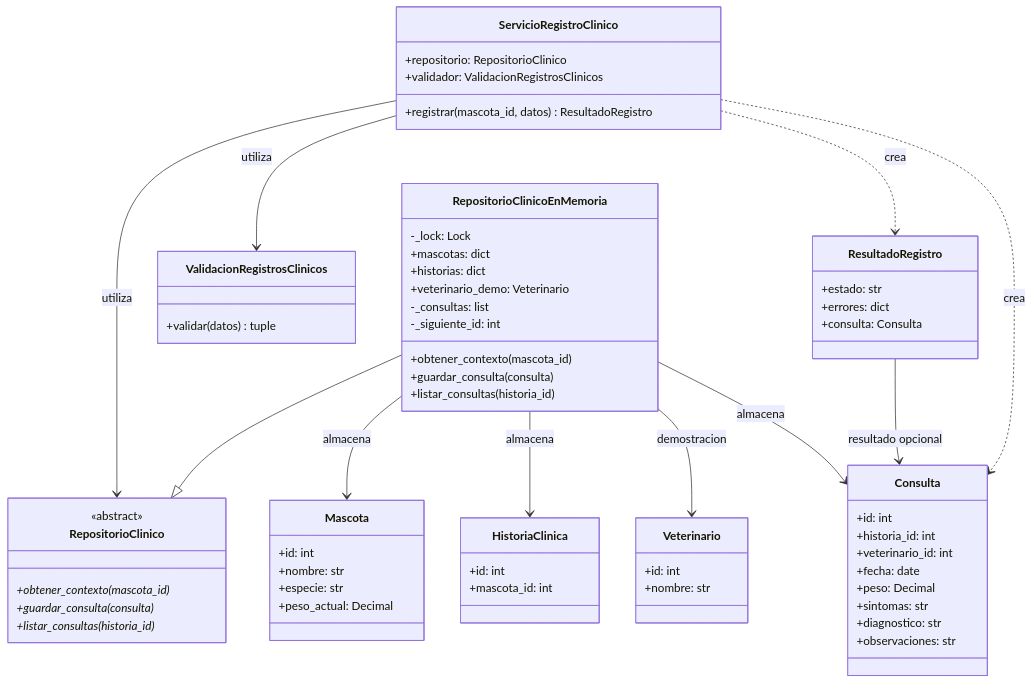
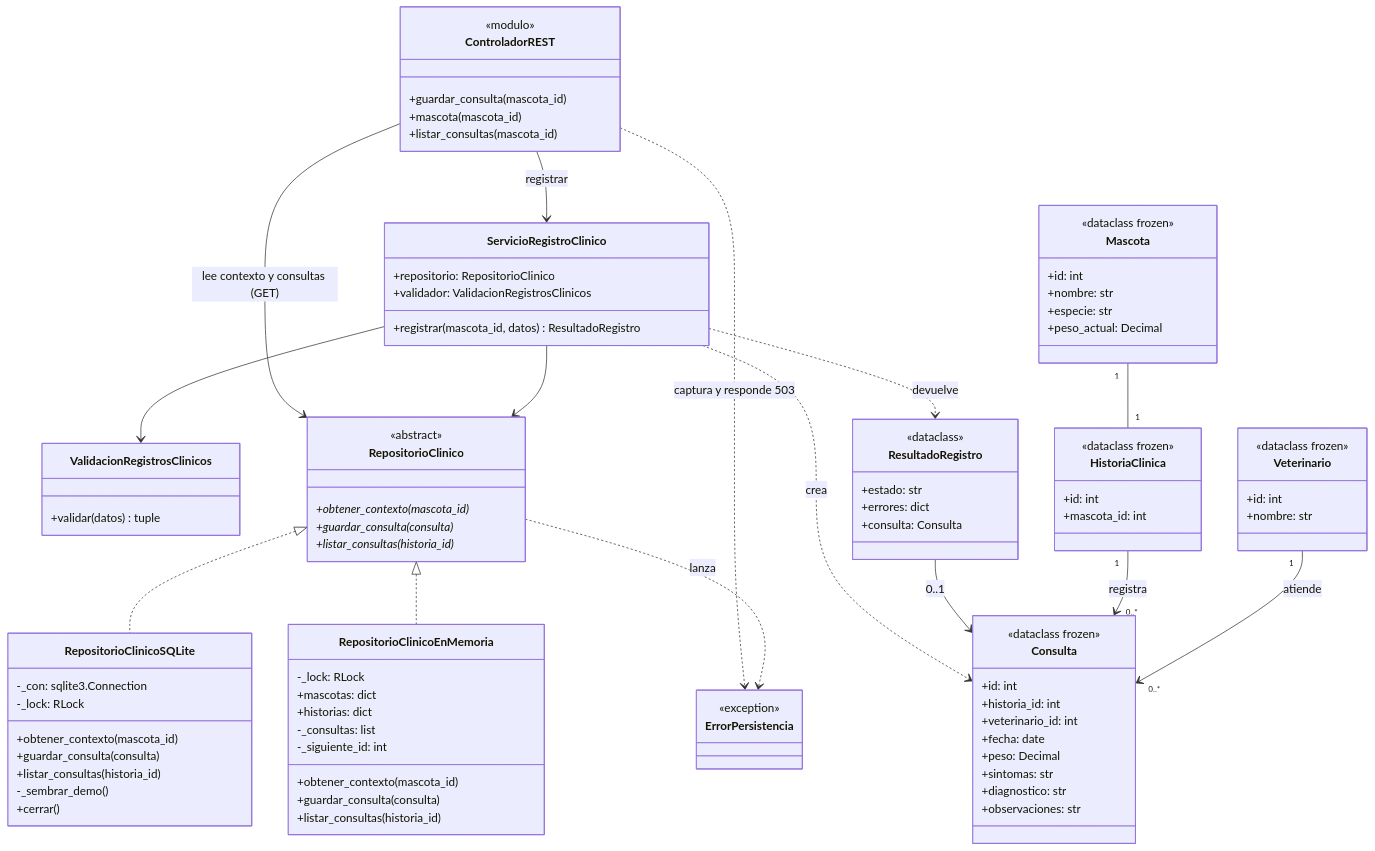
Before and after one commit to DinoMondino/sistema-gestion-veterinaria-2026: the fifth of 5 diagrams in docs/design/diseno-detallado.md, drawn with Mermaid. The commit also changed other lines of this file and 16 other files, not shown here.

````diff
--- a/docs/design/diseno-detallado.md
+++ b/docs/design/diseno-detallado.md
@@ -308,6 +335,13 @@
 ```mermaid
 classDiagram
     direction TB
+
+    class ControladorREST {
+        <<modulo>>
+        +guardar_consulta(mascota_id)
+        +mascota(mascota_id)
+        +listar_consultas(mascota_id)
+    }
 
     class ServicioRegistroClinico {
         +repositorio: RepositorioClinico
@@ -320,6 +354,7 @@
     }
 
     class ResultadoRegistro {
+        <<dataclass>>
         +estado: str
         +errores: dict
         +consulta: Consulta
@@ -332,11 +367,20 @@
         +listar_consultas(historia_id)*
     }
 
+    class RepositorioClinicoSQLite {
+        -_con: sqlite3.Connection
+        -_lock: RLock
+        +obtener_contexto(mascota_id)
+        +guardar_consulta(consulta)
+        +listar_consultas(historia_id)
+        -_sembrar_demo()
+        +cerrar()
+    }
+
     class RepositorioClinicoEnMemoria {
-        -_lock: Lock
+        -_lock: RLock
         +mascotas: dict
         +historias: dict
-        +veterinario_demo: Veterinario
         -_consultas: list
         -_siguiente_id: int
         +obtener_contexto(mascota_id)
@@ -344,7 +388,12 @@
         +listar_consultas(historia_id)
     }
 
+    class ErrorPersistencia {
+        <<exception>>
+    }
+
     class Consulta {
+        <<dataclass frozen>>
         +id: int
         +historia_id: int
         +veterinario_id: int
@@ -356,6 +405,7 @@
     }
 
     class Mascota {
+        <<dataclass frozen>>
         +id: int
         +nombre: str
         +especie: str
@@ -363,27 +413,29 @@
     }
 
     class HistoriaClinica {
+        <<dataclass frozen>>
         +id: int
         +mascota_id: int
     }
 
     class Veterinario {
+        <<dataclass frozen>>
         +id: int
         +nombre: str
     }
 
-    ServicioRegistroClinico --> RepositorioClinico : utiliza
-    ServicioRegistroClinico --> ValidacionRegistrosClinicos : utiliza
-    ServicioRegistroClinico ..> ResultadoRegistro : crea
+    ControladorREST --> ServicioRegistroClinico : registrar
+    ControladorREST --> RepositorioClinico : lee contexto y consultas (GET)
+    ControladorREST ..> ErrorPersistencia : captura y responde 503
+    ServicioRegistroClinico --> RepositorioClinico
+    ServicioRegistroClinico --> ValidacionRegistrosClinicos
     ServicioRegistroClinico ..> Consulta : crea
-
-    ResultadoRegistro --> Consulta : resultado opcional
-
-    RepositorioClinicoEnMemoria --|> RepositorioClinico
-
-    RepositorioClinicoEnMemoria --> Mascota : almacena
-    RepositorioClinicoEnMemoria --> HistoriaClinica : almacena
-    RepositorioClinicoEnMemoria --> Veterinario : demostracion
-    RepositorioClinicoEnMemoria --> Consulta : almacena
-
+    ServicioRegistroClinico ..> ResultadoRegistro : devuelve
+    ResultadoRegistro --> Consulta : 0..1
+    RepositorioClinico <|.. RepositorioClinicoSQLite
+    RepositorioClinico <|.. RepositorioClinicoEnMemoria
+    RepositorioClinico ..> ErrorPersistencia : lanza
+    Mascota "1" -- "1" HistoriaClinica
+    HistoriaClinica "1" --> "0..*" Consulta : registra
+    Veterinario "1" --> "0..*" Consulta : atiende
 ```
````
